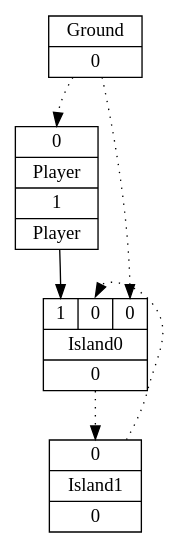
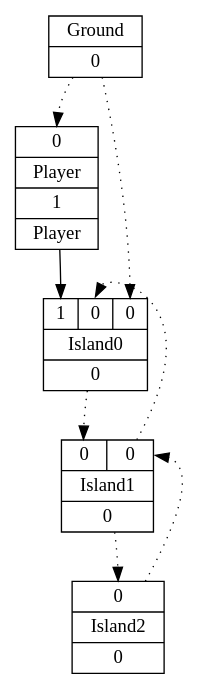
The diagram in mid/19/graph_1.gv (increpare/AbstractPropagationSim), drawn with Graphviz before and after one commit. The commit also changed 110 other files, not shown here.

```diff
--- a/mid/19/graph_1.gv
+++ b/mid/19/graph_1.gv
@@ -1,12 +1,15 @@
 digraph G {
 node [shape=record];
 Player[ label ="{{<GroundP>0}|{Player}|<PlayerOUT>1|{Player}}"];
 Ground[ label ="{{Ground}|<GroundOUT>0}"];
 Island0[ label ="{{<Player>1|<Island1P>0|<GroundP>0}|{Island0}|<Island0OUT>0}"];
-Island1[ label ="{{<Island0P>0}|{Island1}|<Island1OUT>0}"];
+Island1[ label ="{{<Island0P>0|<Island2P>0}|{Island1}|<Island1OUT>0}"];
+Island2[ label ="{{<Island1P>0}|{Island2}|<Island2OUT>0}"];
 	"Ground" -> "Player":GroundP [style=dotted];
 	"Player" -> "Island0":Player;
 	"Island1" -> "Island0":Island1P [style=dotted];
 	"Ground" -> "Island0":GroundP [style=dotted];
 	"Island0" -> "Island1":Island0P [style=dotted];
+	"Island2" -> "Island1":Island2P [style=dotted];
+	"Island1" -> "Island2":Island1P [style=dotted];
 }
```
